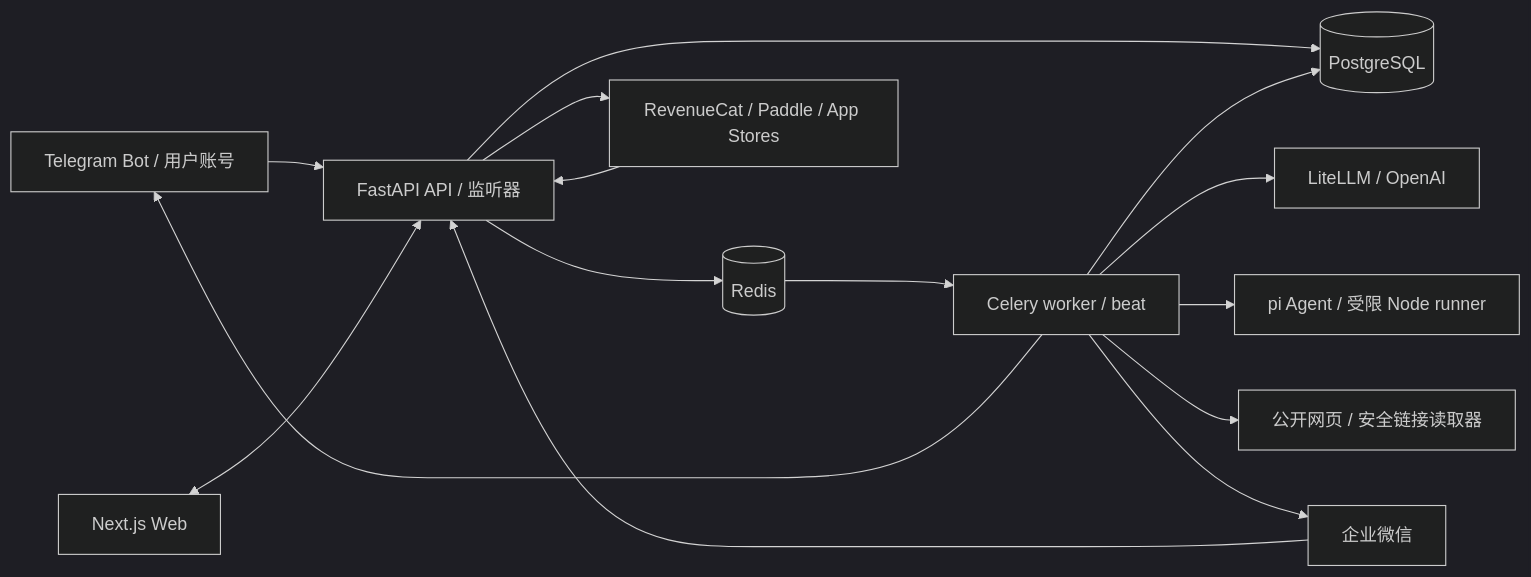
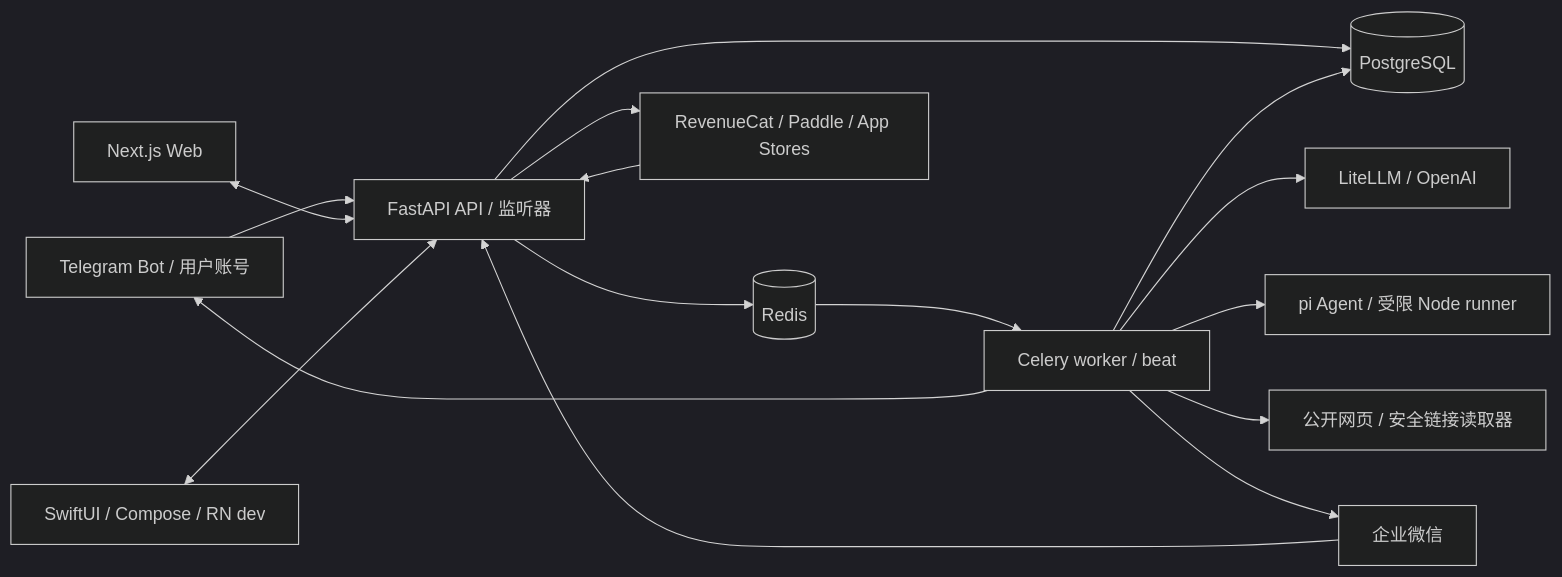
The first of 4 diagrams in docs/architecture/overview.md (story2u/OpenMIRA), drawn with Mermaid (dark theme) before and after one commit. The commit also changed other lines of this file and 409 other files, not shown here.

Commit message:
add React Native device-agent architecture

````diff
--- a/docs/architecture/overview.md
+++ b/docs/architecture/overview.md
@@ -10,17 +10,18 @@
 ```mermaid
 flowchart LR
     TG["Telegram Bot / 用户账号"] --> API["FastAPI API / 监听器"]
     WC["企业微信"] --> API
     WEB["Next.js Web"] <--> API
+    MOBILE["SwiftUI / Compose / RN dev"] <--> API
     API --> PG[(PostgreSQL)]
     API --> REDIS[(Redis)]
     REDIS --> CELERY["Celery worker / beat"]
     CELERY --> PG
     CELERY --> AI["LiteLLM / OpenAI"]
     CELERY --> PI["pi Agent / 受限 Node runner"]
     CELERY --> WEBLINK["公开网页 / 安全链接读取器"]
     CELERY --> TG
     CELERY --> WC
     RC["RevenueCat / Paddle / App Stores"] --> API
     API --> RC
 ```
````
